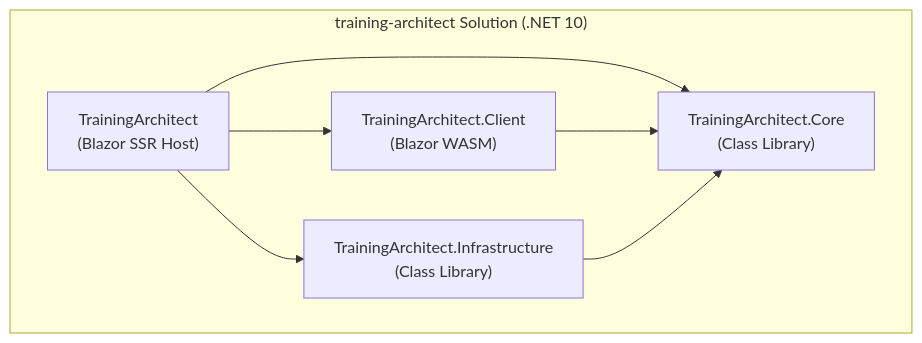
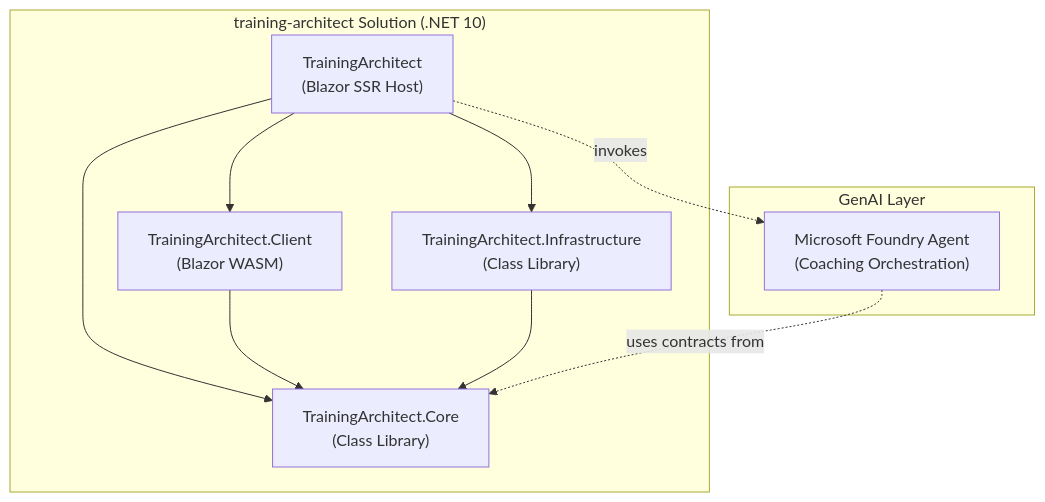
One commit to rbrands/training-architect changed the diagram in README.md. Above: the diagram before and after it, drawn with Mermaid. The commit also changed other lines of this file, not shown here.

````diff
--- a/README.md
+++ b/README.md
@@ -36,20 +38,21 @@
 ```mermaid
 graph TD
     subgraph Solution["training-architect Solution (.NET 10)"]
         BA["TrainingArchitect\n(Blazor SSR Host)"]
         BAC["TrainingArchitect.Client\n(Blazor WASM)"]
         CORE["TrainingArchitect.Core\n(Class Library)"]
         INFRA["TrainingArchitect.Infrastructure\n(Class Library)"]
     end
 
+  subgraph GenAI["GenAI Layer"]
+    FDRY["Microsoft Foundry Agent\n(Coaching Orchestration)"]
+  end
+
     BA --> BAC
     BA --> CORE
     BA --> INFRA
     BAC --> CORE
     INFRA --> CORE
-
-   
-   
- 
-   
+  BA -. invokes .-> FDRY
+  FDRY -. uses contracts from .-> CORE
 ```
````
